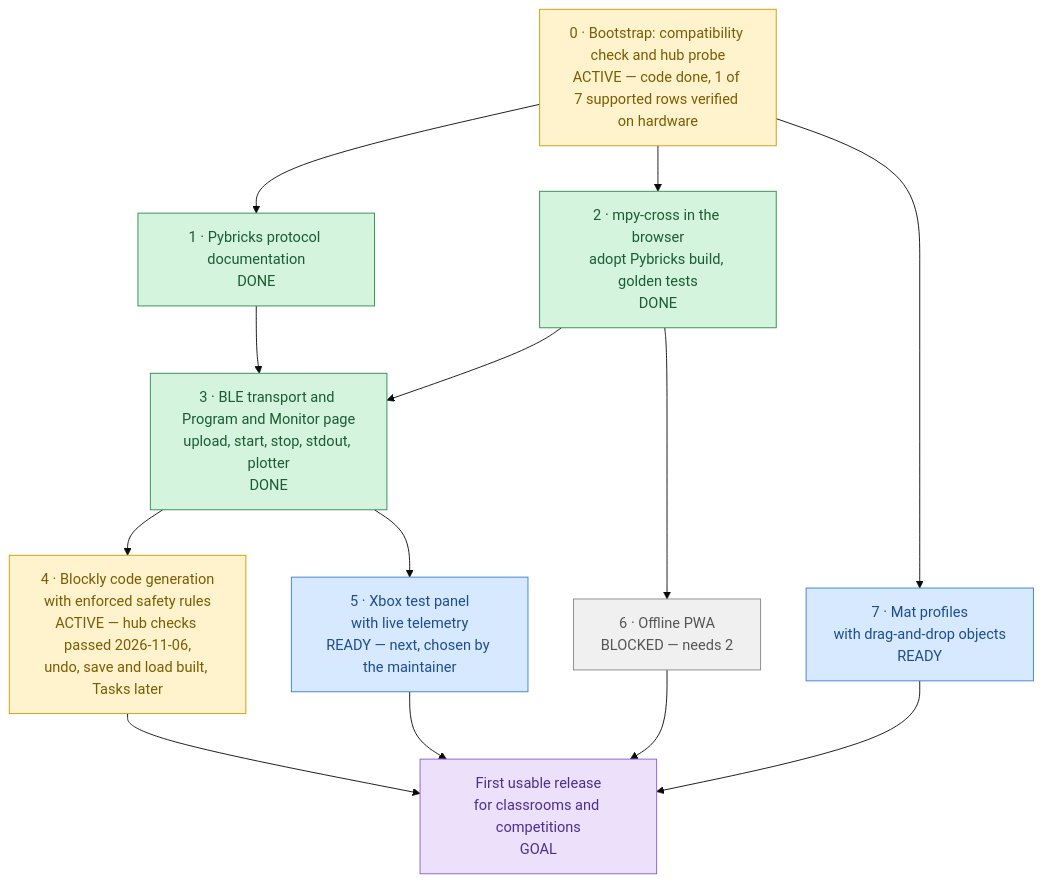
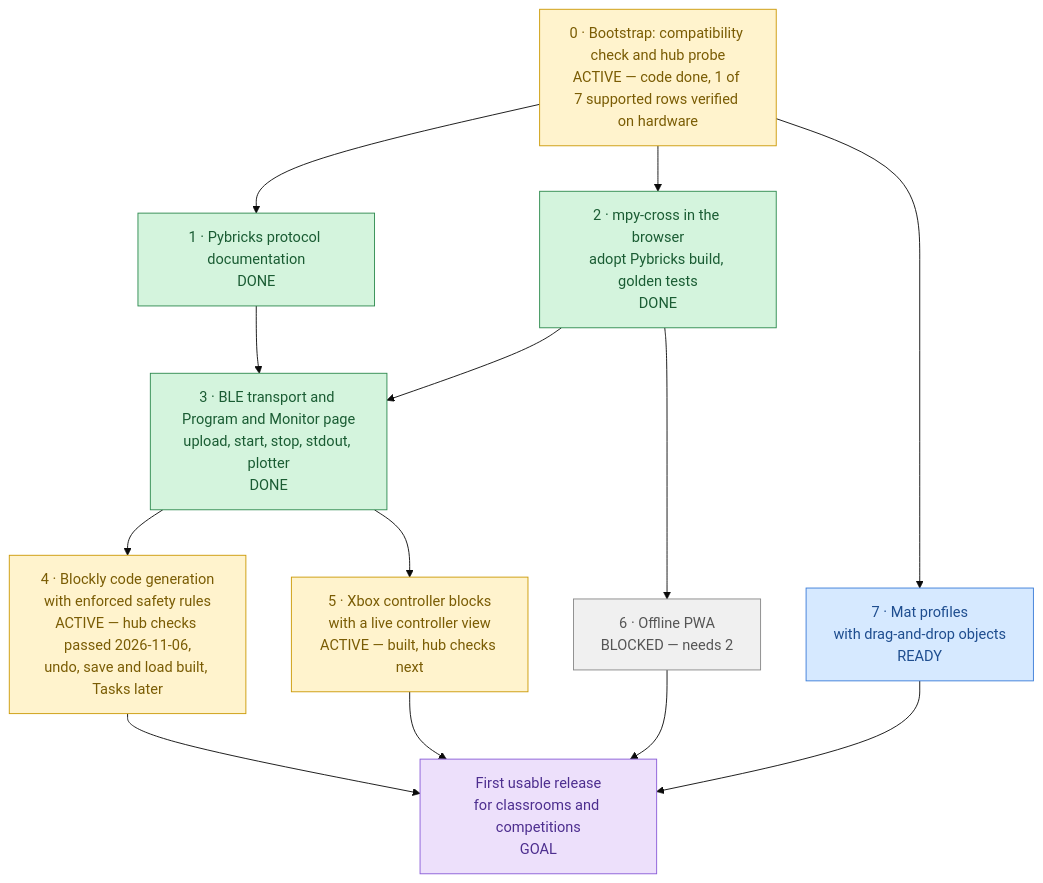
One commit to lumduan/matpilot changed the diagram in docs/roadmap.md. Above: the diagram before and after it, drawn with Mermaid (base theme). The commit also changed other lines of this file and 5 other files, not shown here.

First line of the commit message:
docs: ADR 0012 controller blocks; results; controller checks; M5 active

````diff
--- a/docs/roadmap.md
+++ b/docs/roadmap.md
@@ -10,37 +10,37 @@
 ```mermaid
 flowchart TD
     M0["0 · Bootstrap: compatibility check and hub probe<br/>ACTIVE — code done, 1 of 7 supported rows verified on hardware"]
     M1["1 · Pybricks protocol documentation<br/>DONE"]
     M2["2 · mpy-cross in the browser<br/>adopt Pybricks build, golden tests<br/>DONE"]
     M3["3 · BLE transport and Program and Monitor page<br/>upload, start, stop, stdout, plotter<br/>DONE"]
     M4["4 · Blockly code generation<br/>with enforced safety rules<br/>ACTIVE — hub checks passed 2026-11-06,<br/>undo, save and load built, Tasks later"]
-    M5["5 · Xbox test panel<br/>with live telemetry<br/>READY — next, chosen by the maintainer"]
+    M5["5 · Xbox controller blocks<br/>with a live controller view<br/>ACTIVE — built, hub checks next"]
     M6["6 · Offline PWA<br/>BLOCKED — needs 2"]
     M7["7 · Mat profiles<br/>with drag-and-drop objects<br/>READY"]
     GOAL["First usable release<br/>for classrooms and competitions<br/>GOAL"]
 
     M0 --> M1
     M0 --> M2
     M0 --> M7
     M1 --> M3
     M2 --> M3
     M3 --> M4
     M3 --> M5
     M2 --> M6
     M4 --> GOAL
     M5 --> GOAL
     M6 --> GOAL
     M7 --> GOAL
 
     classDef done     fill:#d4f4dd,stroke:#2d8a4e,color:#1a5c33
     classDef active   fill:#fff3cd,stroke:#cc9a06,color:#7a5c04
     classDef ready    fill:#d6e9ff,stroke:#3b7dd8,color:#1e4d8f
     classDef blocked  fill:#f0f0f0,stroke:#888,color:#555
     classDef goal     fill:#ede0fb,stroke:#8a5cd8,color:#4d2e8f
 
-    class M0,M4 active
+    class M0,M4,M5 active
     class M1,M2,M3 done
-    class M5,M7 ready
+    class M7 ready
     class M6 blocked
     class GOAL goal
 ```
````
